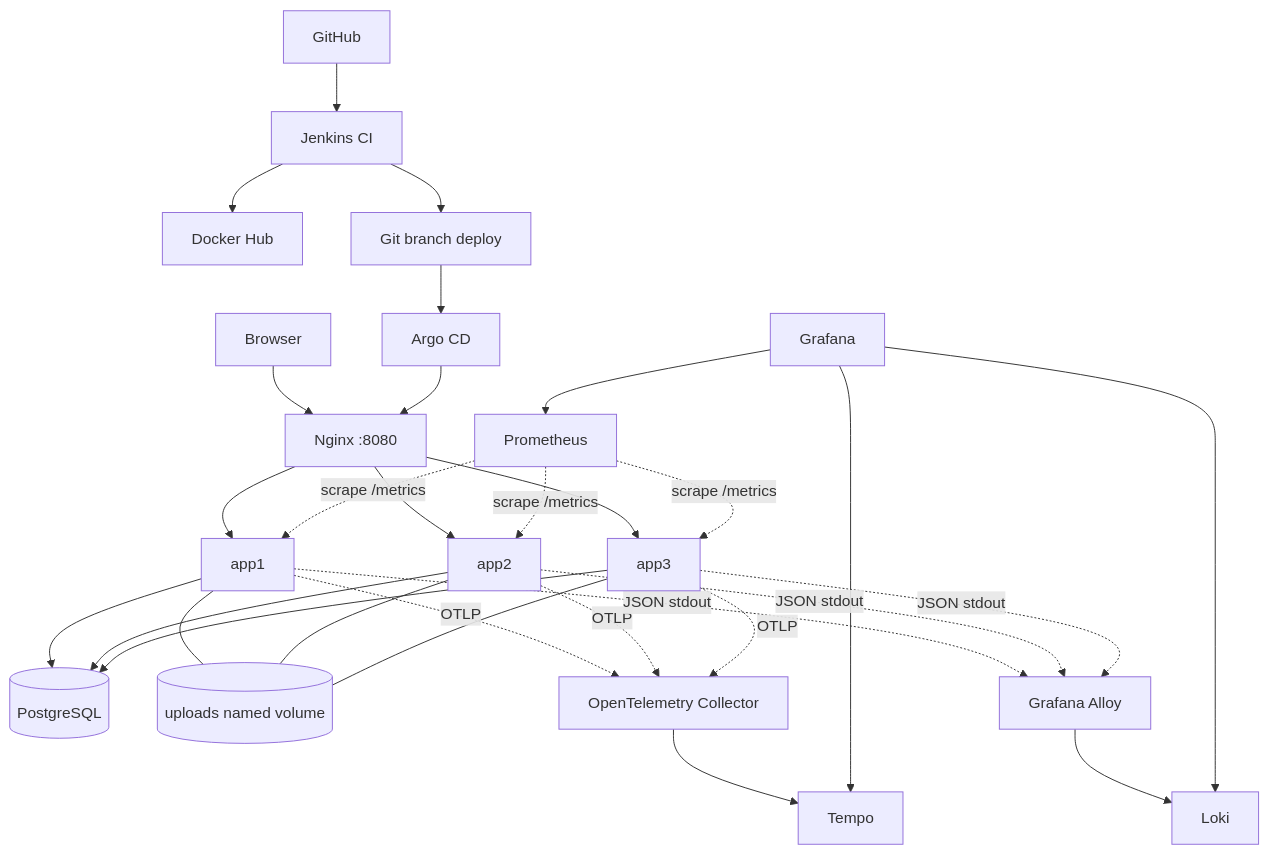
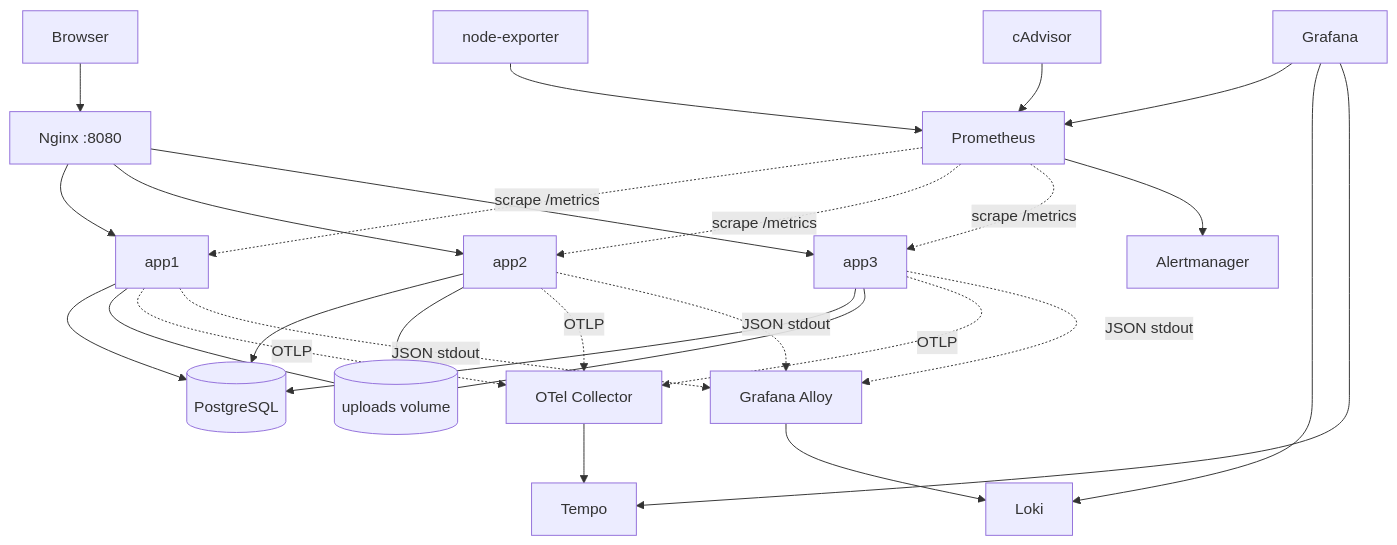
Before and after one commit to zetasuna/portfolio: the first of 2 diagrams in readme.md, drawn with Mermaid. The commit also changed other lines of this file, not shown here.

````diff
--- a/readme.md
+++ b/readme.md
@@ -32,32 +25,30 @@
 ```mermaid
 flowchart TB
   B[Browser] --> N[Nginx :8080]
   N --> A1[app1]
   N --> A2[app2]
   N --> A3[app3]
   A1 --> PG[(PostgreSQL)]
   A2 --> PG
   A3 --> PG
-  A1 --- U[(uploads named volume)]
+  A1 --- U[(uploads volume)]
   A2 --- U
   A3 --- U
   P[Prometheus] -. scrape /metrics .-> A1
   P -. scrape /metrics .-> A2
   P -. scrape /metrics .-> A3
-  A1 -. OTLP .-> O[OpenTelemetry Collector]
+  A1 -. OTLP .-> O[OTel Collector]
   A2 -. OTLP .-> O
   A3 -. OTLP .-> O
   O --> T[Tempo]
   A1 -. JSON stdout .-> AL[Grafana Alloy]
   A2 -. JSON stdout .-> AL
   A3 -. JSON stdout .-> AL
   AL --> L[Loki]
   G[Grafana] --> P
   G --> L
   G --> T
-  GH[GitHub] --> J[Jenkins CI]
-  J --> DH[Docker Hub]
-  J --> GB[Git branch deploy]
-  GB --> AC[Argo CD]
-  AC --> N
+  P --> AM[Alertmanager]
+  NE[node-exporter] --> P
+  CA[cAdvisor] --> P
 ```
````
